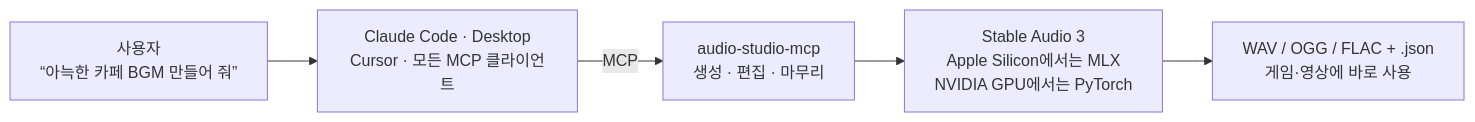
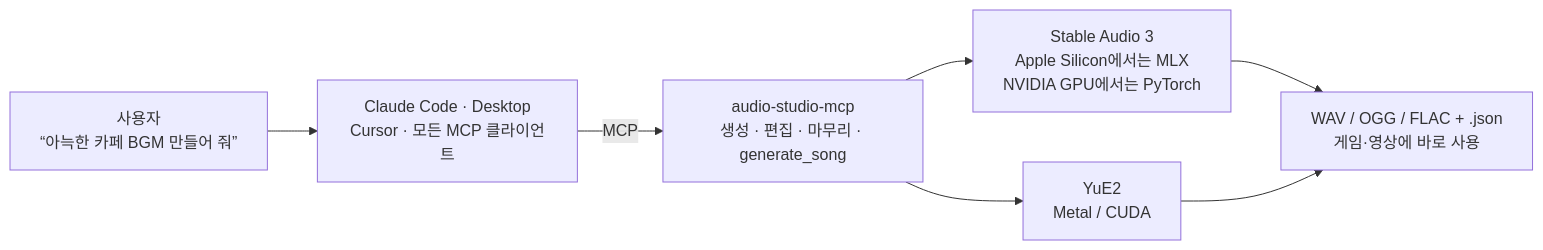
The diagram in README.ko.md (kanaworksai-hue/audio-studio-mcp), drawn with Mermaid before and after one commit. The commit also changed other lines of this file and 10 other files, not shown here.

````diff
--- a/README.ko.md
+++ b/README.ko.md
@@ -65,7 +74,9 @@
 ```mermaid
 flowchart LR
     U["사용자<br/>“아늑한 카페 BGM 만들어 줘”"] --> C["Claude Code · Desktop<br/>Cursor · 모든 MCP 클라이언트"]
-    C -- "MCP" --> S["audio-studio-mcp<br/>생성 · 편집 · 마무리"]
+    C -- "MCP" --> S["audio-studio-mcp<br/>생성 · 편집 · 마무리 · generate_song"]
     S --> M["Stable Audio 3<br/>Apple Silicon에서는 MLX<br/>NVIDIA GPU에서는 PyTorch"]
+    S --> Y["YuE2<br/>Metal / CUDA"]
     M --> F["WAV / OGG / FLAC + .json<br/>게임·영상에 바로 사용"]
+    Y --> F
 ```
````
